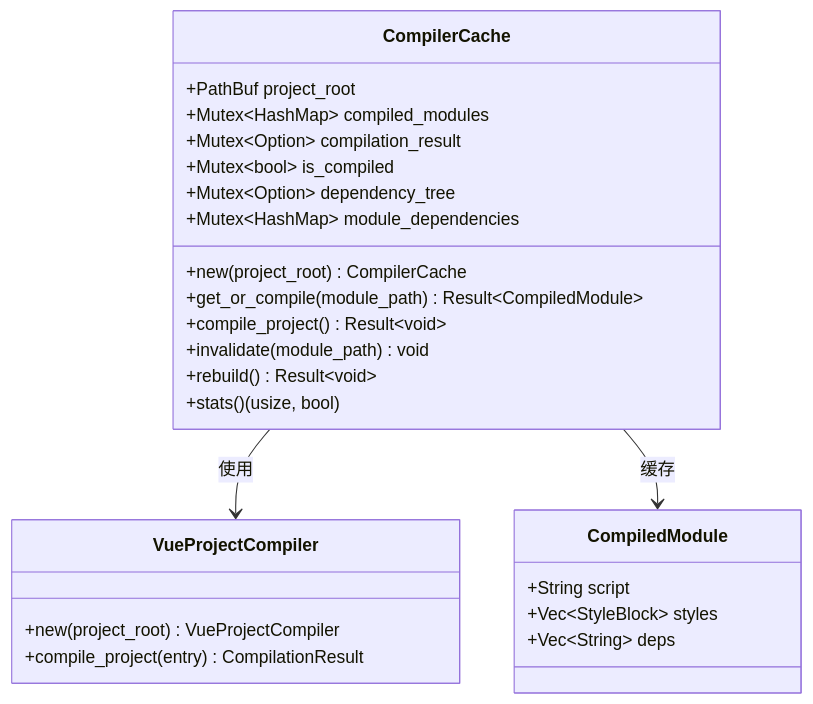
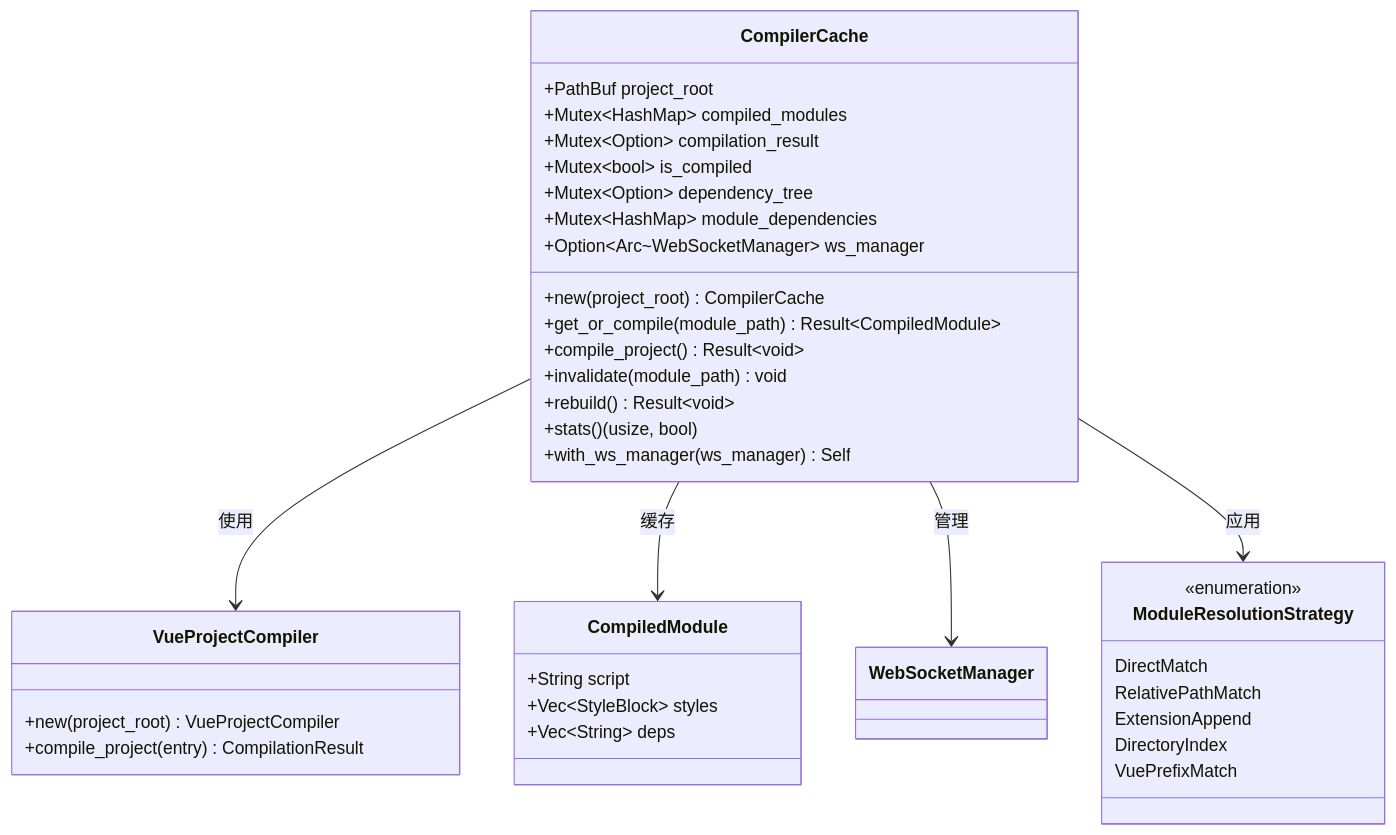
The fourth of 18 diagrams in .qoder/repowiki/zh/content/核心功能特性/Iris JetCrab CLI架构文档.md (itszzl-sudo/iris), drawn with Mermaid before and after one commit. The commit also changed other lines of this file and 63 other files, not shown here.

````diff
--- a/.qoder/repowiki/zh/content/核心功能特性/Iris JetCrab CLI架构文档.md
+++ b/.qoder/repowiki/zh/content/核心功能特性/Iris JetCrab CLI架构文档.md
@@ -184,28 +267,40 @@
 ```mermaid
 classDiagram
 class CompilerCache {
 +PathBuf project_root
 +Mutex~HashMap~ compiled_modules
 +Mutex~Option~ compilation_result
 +Mutex~bool~ is_compiled
 +Mutex~Option~ dependency_tree
 +Mutex~HashMap~ module_dependencies
++Option~Arc~WebSocketManager~ ws_manager
 +new(project_root) CompilerCache
 +get_or_compile(module_path) Result~CompiledModule~
 +compile_project() Result~void~
 +invalidate(module_path) void
 +rebuild() Result~void~
 +stats() (usize, bool)
++with_ws_manager(ws_manager) Self
+}
+class ModuleResolutionStrategy {
+<<enumeration>>
+DirectMatch
+RelativePathMatch
+ExtensionAppend
+DirectoryIndex
+VuePrefixMatch
 }
 class VueProjectCompiler {
 +new(project_root) VueProjectCompiler
 +compile_project(entry) CompilationResult
 }
 class CompiledModule {
 +String script
 +Vec~StyleBlock~ styles
 +Vec~String~ deps
 }
 CompilerCache --> VueProjectCompiler : 使用
 CompilerCache --> CompiledModule : 缓存
+CompilerCache --> WebSocketManager : 管理
+CompilerCache --> ModuleResolutionStrategy : 应用
 ```
````
